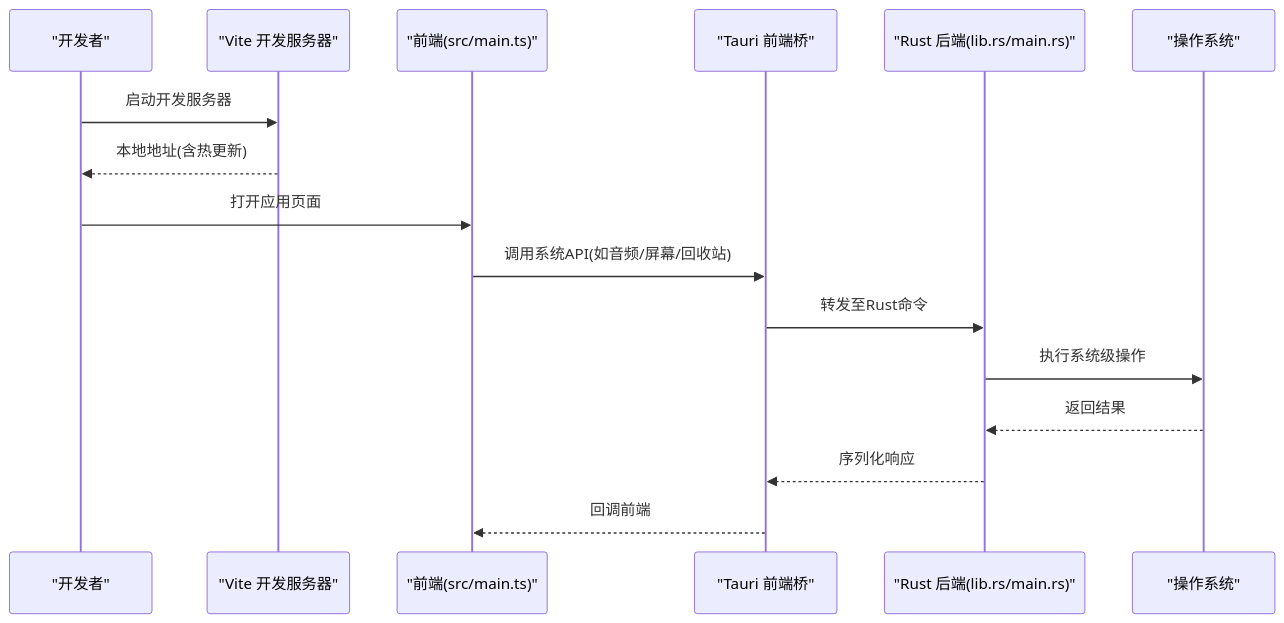
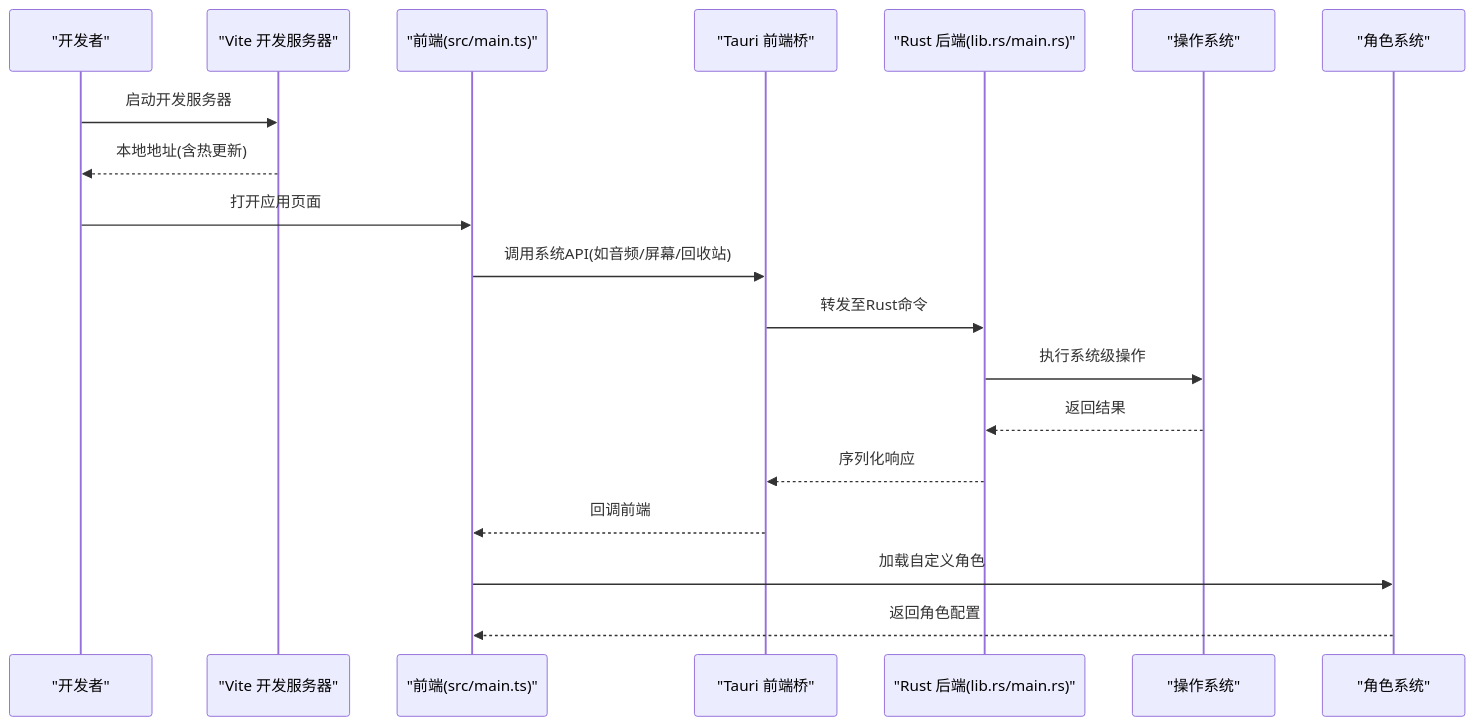
One commit to Wumiu/Petra changed the second of 3 diagrams in .qoder/repowiki/zh/content/快速开始.md. Above: the diagram before and after it, drawn with Mermaid. The commit also changed other lines of this file and 58 other files, not shown here.

Commit message:
chore: 更新应用图标

````diff
--- a/.qoder/repowiki/zh/content/快速开始.md
+++ b/.qoder/repowiki/zh/content/快速开始.md
@@ -92,18 +108,21 @@
 ```mermaid
 sequenceDiagram
 participant Dev as "开发者"
 participant Vite as "Vite 开发服务器"
 participant FE as "前端(src/main.ts)"
 participant Tauri as "Tauri 前端桥"
 participant BE as "Rust 后端(lib.rs/main.rs)"
 participant OS as "操作系统"
+participant Role as "角色系统"
 Dev->>Vite : 启动开发服务器
 Vite-->>Dev : 本地地址(含热更新)
 Dev->>FE : 打开应用页面
 FE->>Tauri : 调用系统API(如音频/屏幕/回收站)
 Tauri->>BE : 转发至Rust命令
 BE->>OS : 执行系统级操作
 OS-->>BE : 返回结果
 BE-->>Tauri : 序列化响应
 Tauri-->>FE : 回调前端
+FE->>Role : 加载自定义角色
+Role-->>FE : 返回角色配置
 ```
````
